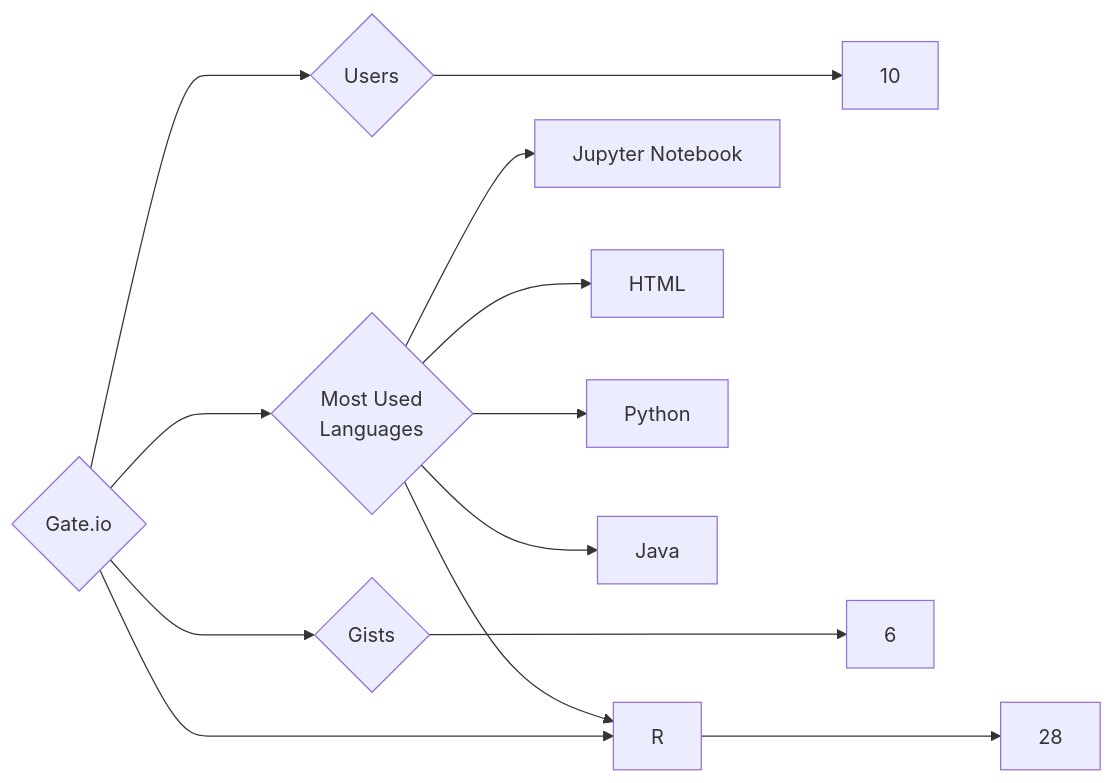
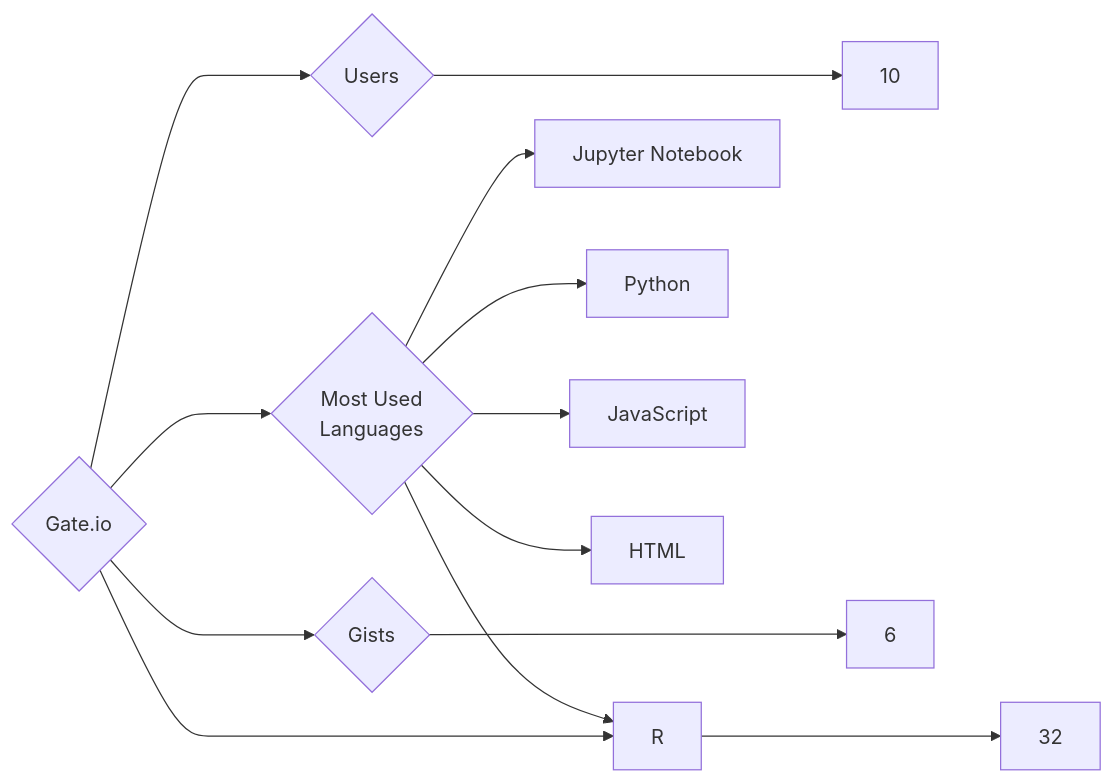
The diagram in targets/Gate.io/README.md (trickest/insiders), drawn with Mermaid before and after one commit. The commit also changed 1078 other files, not shown here.

````diff
--- a/targets/Gate.io/README.md
+++ b/targets/Gate.io/README.md
@@ -3,13 +3,13 @@
 ```mermaid
 graph LR
 COMPANY_NAME{Gate.io}
 COMPANY_NAME ---> U{Users} ---> UN[10]
-COMPANY_NAME ---> R{Repositories} ---> RN[28]
+COMPANY_NAME ---> R{Repositories} ---> RN[32]
 COMPANY_NAME ---> G{Gists} ---> GN[6]
 COMPANY_NAME ---> ML{Most Used<br>Languages}
 ML --> Jupyter_Notebook[Jupyter Notebook]
+ML --> Python[Python]
 ML --> R[R]
+ML --> JavaScript[JavaScript]
 ML --> HTML[HTML]
-ML --> Python[Python]
-ML --> Java[Java]
 ```
````
